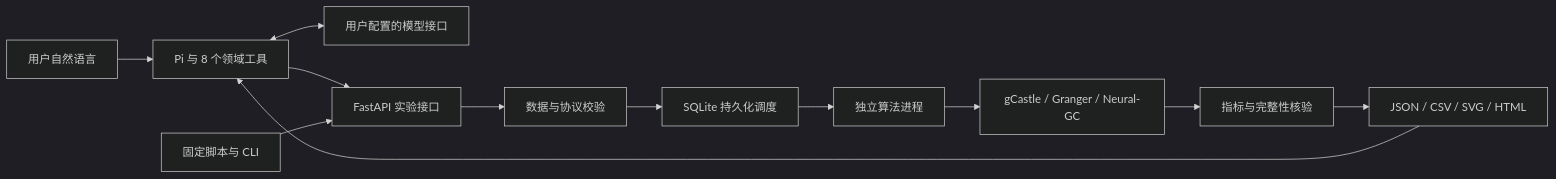
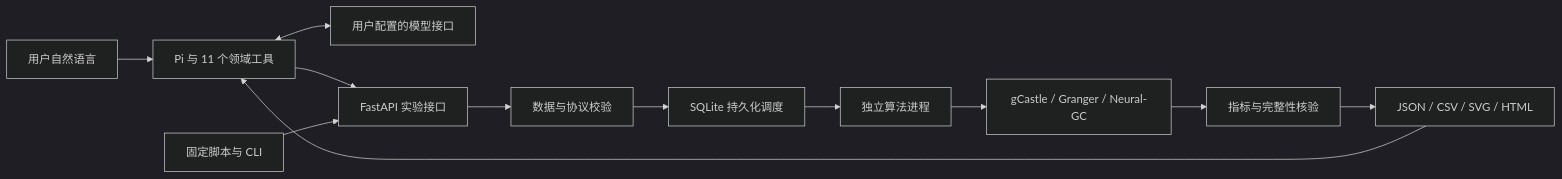
Before and after one commit to shertheus/ec-eval-agent: the diagram in README.md, drawn with Mermaid (dark theme). The commit also changed other lines of this file and 36 other files, not shown here.

````diff
--- a/README.md
+++ b/README.md
@@ -42,14 +42,14 @@
 ```mermaid
 flowchart LR
-    U[用户自然语言] --> P[Pi 与 8 个领域工具]
+    U[用户自然语言] --> P[Pi 与 11 个领域工具]
     P <--> M[用户配置的模型接口]
     P --> API[FastAPI 实验接口]
     CLI[固定脚本与 CLI] --> API
     API --> D[数据与协议校验]
     D --> Q[SQLite 持久化调度]
     Q --> W[独立算法进程]
     W --> A[gCastle / Granger / Neural-GC]
     A --> E[指标与完整性核验]
     E --> R[JSON / CSV / SVG / HTML]
     R --> P
 ```
````
